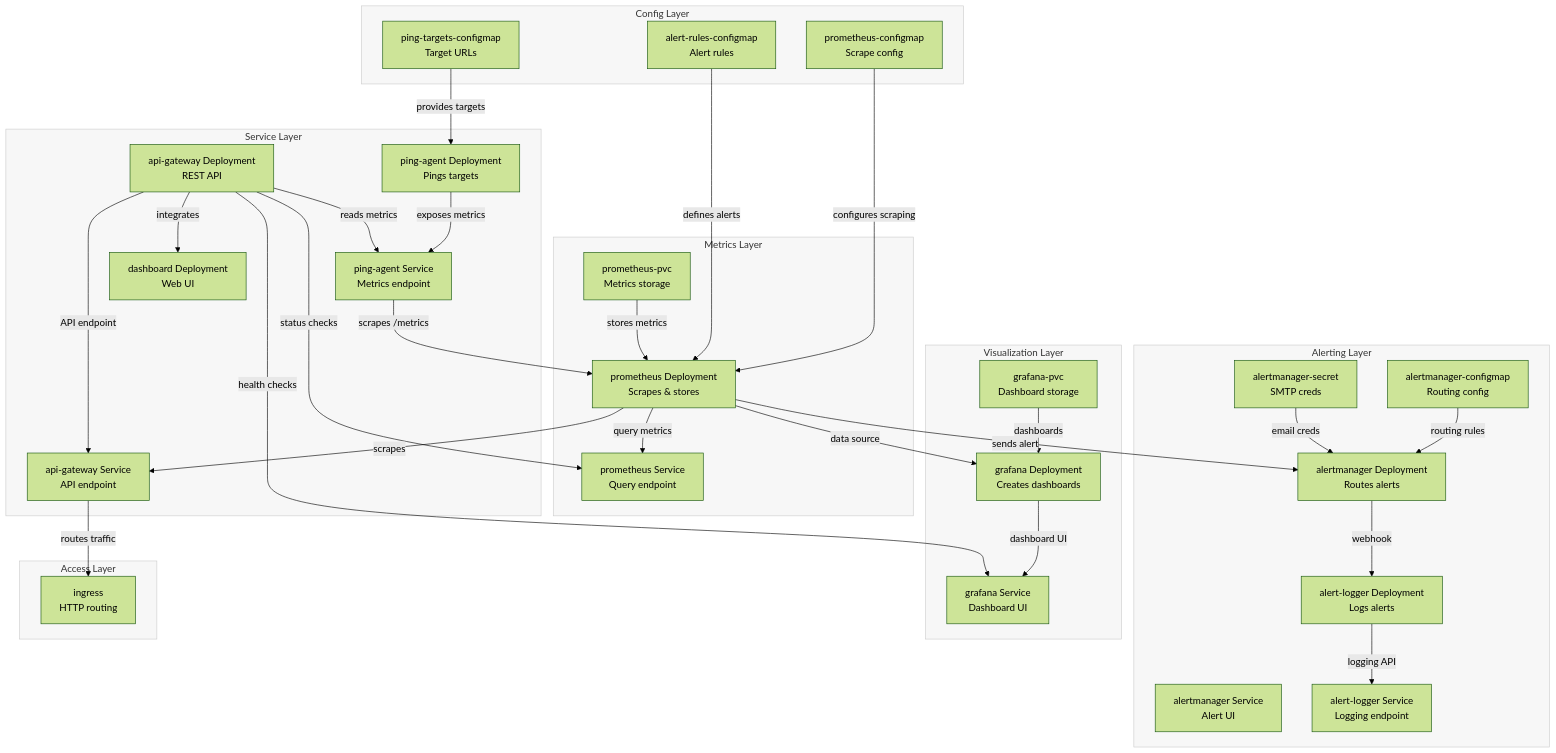
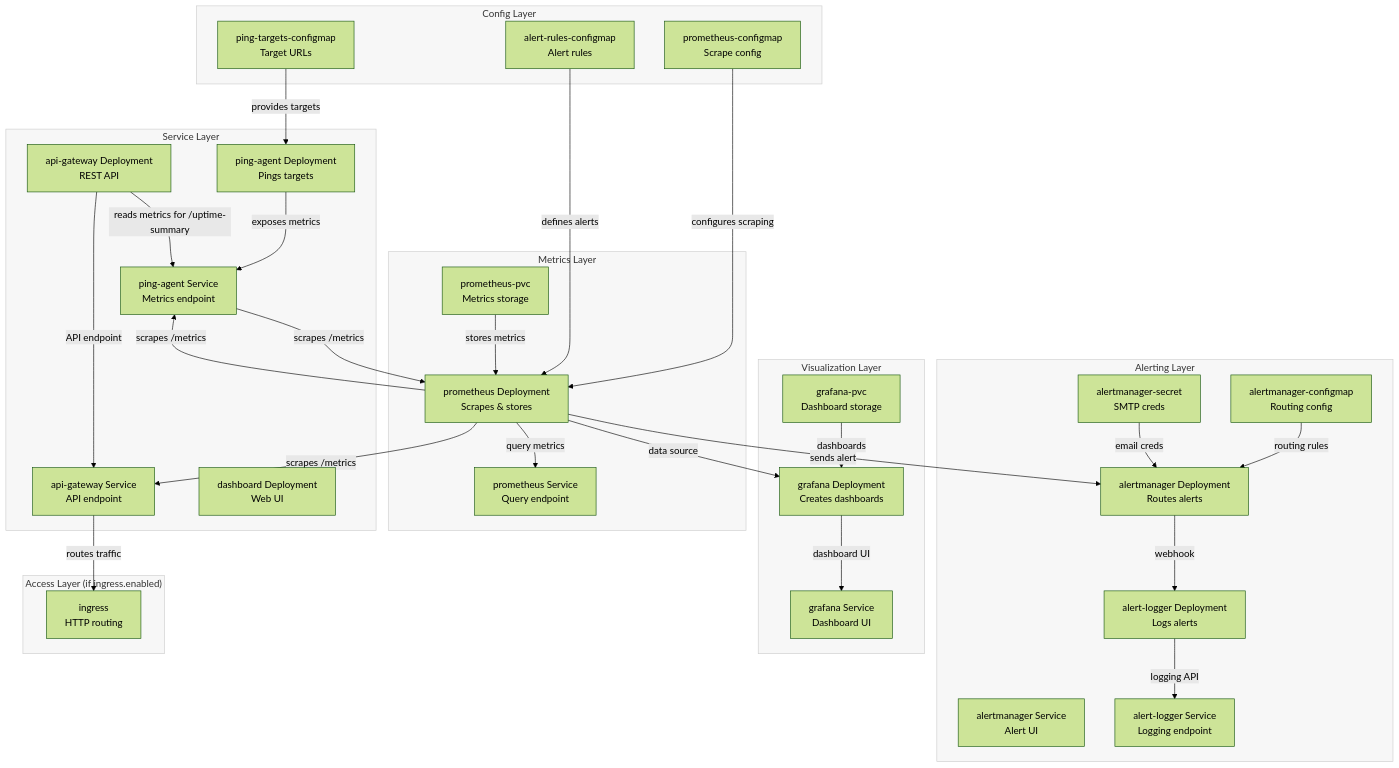
Before and after one commit to fattah247/UpTimePulse: the second of 2 diagrams in ARCHITECTURE.md, drawn with Mermaid (forest theme). The commit also changed other lines of this file, not shown here.

Commit message:
docs: clarify ingress and hpa gating

````diff
--- a/ARCHITECTURE.md
+++ b/ARCHITECTURE.md
@@ -98,78 +99,76 @@
 ```mermaid
 flowchart TB
   linkStyle default stroke-width:1px
   classDef group fill:#f7f7f7,stroke:#cccccc,stroke-width:1px
   classDef configFlow stroke:#16a34a,stroke-width:2px
   classDef monitoringFlow stroke:#dc2626,stroke-width:2px
   classDef alertFlow stroke:#ea580c,stroke-width:2px
   classDef vizFlow stroke:#7c3aed,stroke-width:2px
   classDef accessFlow stroke:#6b7280,stroke-width:2px
 
   subgraph Config["Config Layer"]
     targets[ping-targets-configmap<br/>Target URLs]
     promCfg[prometheus-configmap<br/>Scrape config]
     alertRules[alert-rules-configmap<br/>Alert rules]
   end
 
   subgraph Services["Service Layer"]
     pingDep[ping-agent Deployment<br/>Pings targets]
     pingSvc[ping-agent Service<br/>Metrics endpoint]
     apiDep[api-gateway Deployment<br/>REST API]
     apiSvc[api-gateway Service<br/>API endpoint]
     dash[dashboard Deployment<br/>Web UI]
   end
 
   subgraph Metrics["Metrics Layer"]
     promDep[prometheus Deployment<br/>Scrapes & stores]
     promSvc[prometheus Service<br/>Query endpoint]
     promPVC[prometheus-pvc<br/>Metrics storage]
   end
 
   subgraph Alerting["Alerting Layer"]
     amDep[alertmanager Deployment<br/>Routes alerts]
     amSvc[alertmanager Service<br/>Alert UI]
     amCfg[alertmanager-configmap<br/>Routing config]
     amSecret[alertmanager-secret<br/>SMTP creds]
     loggerDep[alert-logger Deployment<br/>Logs alerts]
     loggerSvc[alert-logger Service<br/>Logging endpoint]
   end
 
   subgraph Visualization["Visualization Layer"]
     grafDep[grafana Deployment<br/>Creates dashboards]
     grafSvc[grafana Service<br/>Dashboard UI]
     grafPVC[grafana-pvc<br/>Dashboard storage]
   end
 
-  subgraph Access["Access Layer"]
+  subgraph Access["Access Layer (if ingress.enabled)"]
     ing[ingress<br/>HTTP routing]
   end
 
   targets -->|"provides targets"| pingDep
   pingDep -->|"exposes metrics"| pingSvc -->|"scrapes /metrics"| promDep
   promCfg -->|"configures scraping"| promDep
   alertRules -->|"defines alerts"| promDep
   promPVC -->|"stores metrics"| promDep
   promDep -->|"query metrics"| promSvc
   promDep -->|"sends alert"| amDep
   amCfg -->|"routing rules"| amDep
   amSecret -->|"email creds"| amDep
   amDep -->|"webhook"| loggerDep
   loggerDep -->|"logging API"| loggerSvc
   promDep -->|"data source"| grafDep
   grafPVC -->|"dashboards"| grafDep
   grafDep -->|"dashboard UI"| grafSvc
-  apiDep -->|"reads metrics"| pingSvc
-  apiDep -->|"status checks"| promSvc
-  apiDep -->|"health checks"| grafSvc
-  apiDep -->|"integrates"| dash
+  apiDep -->|"reads metrics for /uptime-summary"| pingSvc
   apiDep -->|"API endpoint"| apiSvc -->|"routes traffic"| ing
 
-  promDep -->|"scrapes"| apiSvc
+  promDep -->|"scrapes /metrics"| pingSvc
+  promDep -->|"scrapes /metrics"| apiSvc
 
   class Config,Services,Metrics,Alerting,Visualization,Access group
   linkStyle 0 configFlow
   linkStyle 1,2,3,4 monitoringFlow
   linkStyle 5,6,7,8,9 alertFlow
   linkStyle 10,11 vizFlow
   linkStyle 12,13,14,15,16,17 accessFlow
 ```
````
